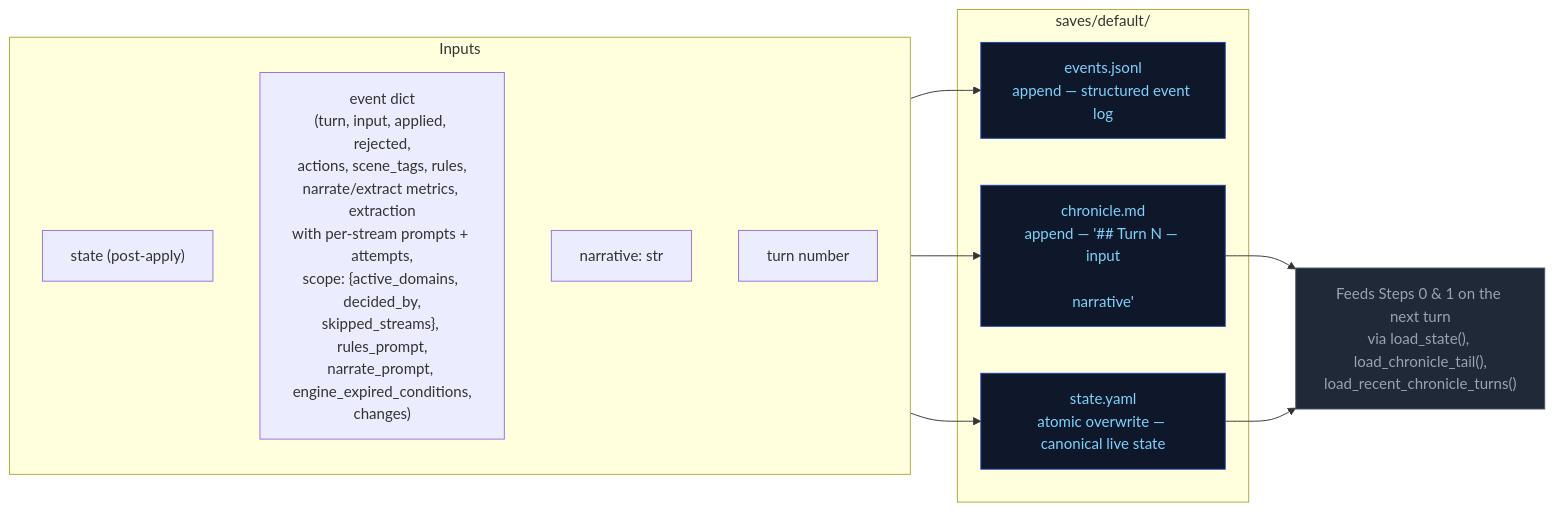
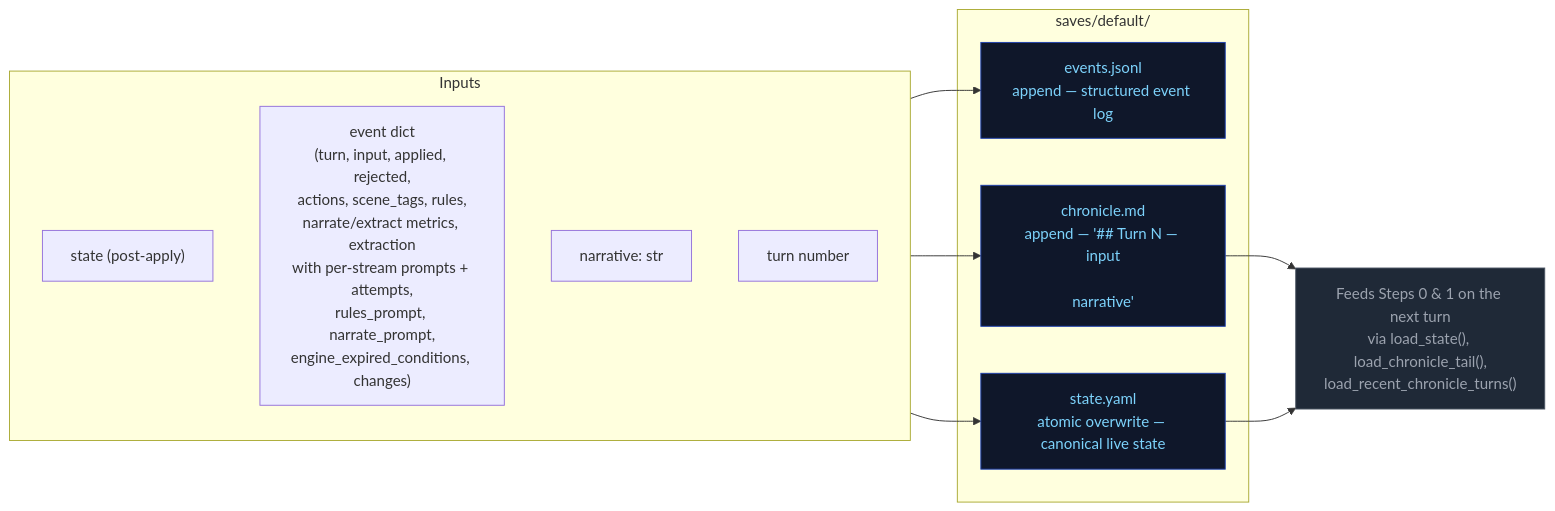
The eighth of 11 diagrams in docs/ARCHITECTURE.md (pww217/fablethread), drawn with Mermaid before and after one commit. The commit also changed other lines of this file and 1 other file, not shown here.

First line of the commit message:
scope-teardown: clean up remaining scope references in docs

````diff
--- a/docs/ARCHITECTURE.md
+++ b/docs/ARCHITECTURE.md
@@ -416,26 +380,26 @@
 ```mermaid
 flowchart LR
     classDef storageNode fill:#0f172a,color:#7dd3fc,stroke:#1e40af
     classDef pyNode      fill:#1f2937,color:#9ca3af,stroke:#4b5563
 
     subgraph IN["Inputs"]
         P1["state (post-apply)"]
-        P2["event dict<br>(turn, input, applied, rejected,<br>actions, scene_tags, rules,<br>narrate/extract metrics, extraction<br>with per-stream prompts + attempts,<br>scope: {active_domains, decided_by,<br>skipped_streams}, rules_prompt,<br>narrate_prompt, engine_expired_conditions,<br>changes)"]
+        P2["event dict<br>(turn, input, applied, rejected,<br>actions, scene_tags, rules,<br>narrate/extract metrics, extraction<br>with per-stream prompts + attempts,<br>rules_prompt, narrate_prompt,<br>engine_expired_conditions, changes)"]
         P3["narrative: str"]
         P4["turn number"]
     end
 
     subgraph WRITES["saves/default/"]
         W1["events.jsonl<br>append — structured event log"]:::storageNode
         W2["state.yaml<br>atomic overwrite — canonical live state"]:::storageNode
         W3["chronicle.md<br>append — '## Turn N — input\n\nnarrative'"]:::storageNode
     end
 
     READBACK["Feeds Steps 0 & 1 on the next turn<br>via load_state(), load_chronicle_tail(),<br>load_recent_chronicle_turns()"]:::pyNode
 
     IN --> W1
     IN --> W2
     IN --> W3
     W3 --> READBACK
     W2 --> READBACK
 ```
````
